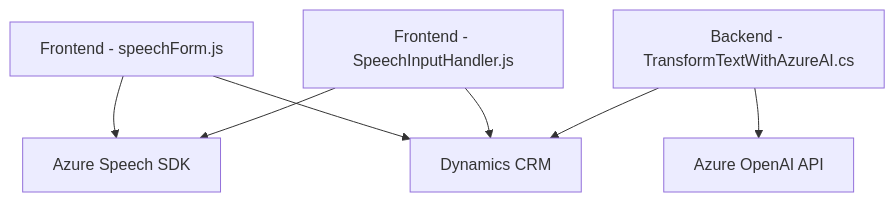
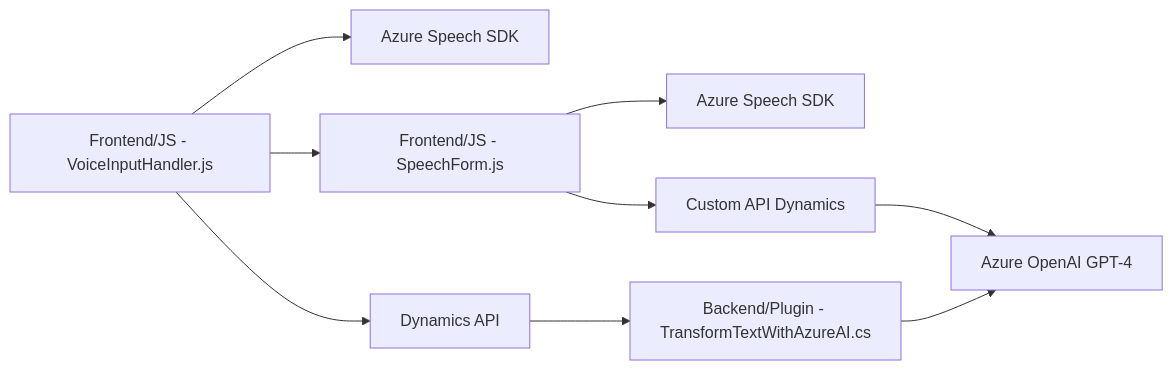
Before and after one commit to blopezdm/NETCORE_BILBAO2025: the diagram in README.md, drawn with Mermaid. The commit also changed other lines of this file, not shown here.

````diff
--- a/README.md
+++ b/README.md
@@ -27,16 +53,11 @@
 ```mermaid
-graph TD
-    A["Frontend - SpeechInputHandler.js"]
-    B["Frontend - speechForm.js"]
-    C["Azure Speech SDK"]
-    D["Backend - TransformTextWithAzureAI.cs"]
-    E["Azure OpenAI API"]
-    F["Dynamics CRM"]
-
-    A --> C
-    B --> C
-    D --> E
-    D --> F
-    A --> F
-    B --> F
+graph LR
+    A["Frontend/JS - VoiceInputHandler.js"] --> B["Azure Speech SDK"]
+    A --> C["Frontend/JS - SpeechForm.js"]
+    A --> D["Dynamics API"]
+    C --> E["Azure Speech SDK"]
+    C --> F["Custom API Dynamics"]
+    F --> G["Azure OpenAI GPT-4"]
+    D --> H["Backend/Plugin - TransformTextWithAzureAI.cs"]
+    H --> G
 ```
````
